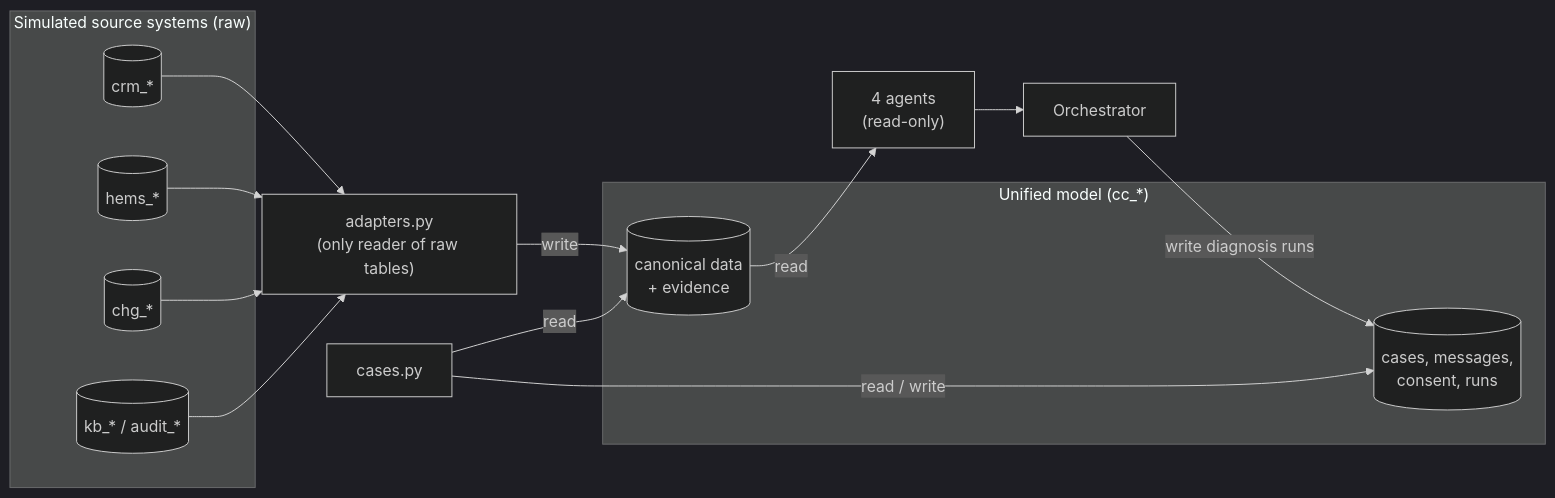
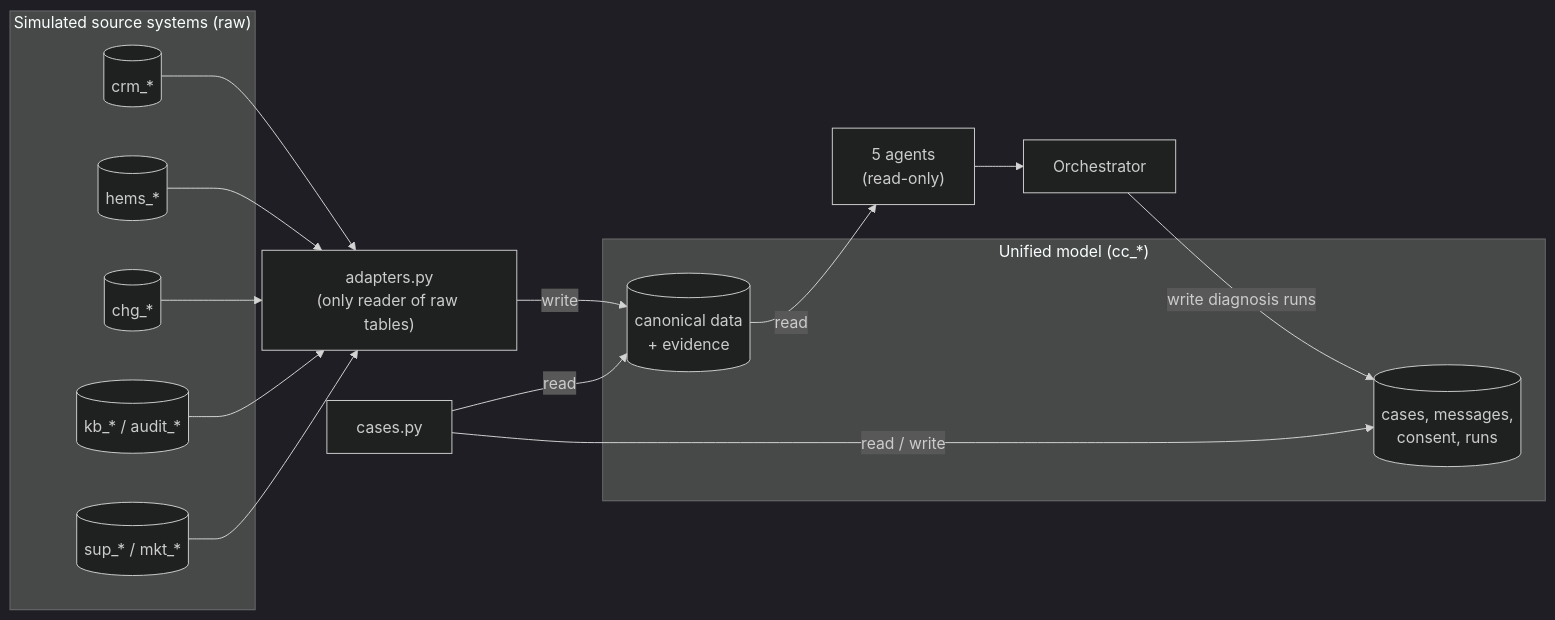
The fifth of 7 diagrams in docs/TECHNICAL.md (hannahthwe/energyos), drawn with Mermaid (dark theme) before and after one commit. The commit also changed other lines of this file and 26 other files, not shown here.

````diff
--- a/docs/TECHNICAL.md
+++ b/docs/TECHNICAL.md
@@ -211,22 +231,23 @@
 ```mermaid
 flowchart LR
   subgraph SRC["Simulated source systems (raw)"]
     CRM[(crm_*)]
     HEMS[(hems_*)]
     CHG[(chg_*)]
     KBA[(kb_* / audit_*)]
+    SUPS[(sup_* / mkt_*)]
   end
   AD["adapters.py<br/>(only reader of raw tables)"]
   subgraph CAN["Unified model (cc_*)"]
     CC[(canonical data<br/>+ evidence)]
     WF[(cases, messages,<br/>consent, runs)]
   end
-  AG["4 agents<br/>(read-only)"]
+  AG["5 agents<br/>(read-only)"]
   OR["Orchestrator"]
   CS["cases.py"]
-  CRM & HEMS & CHG & KBA --> AD -->|write| CC
+  CRM & HEMS & CHG & KBA & SUPS --> AD -->|write| CC
   CC -->|read| AG --> OR
   OR -->|write diagnosis runs| WF
   CS -->|read / write| WF
   CS -->|read| CC
 ```
````
